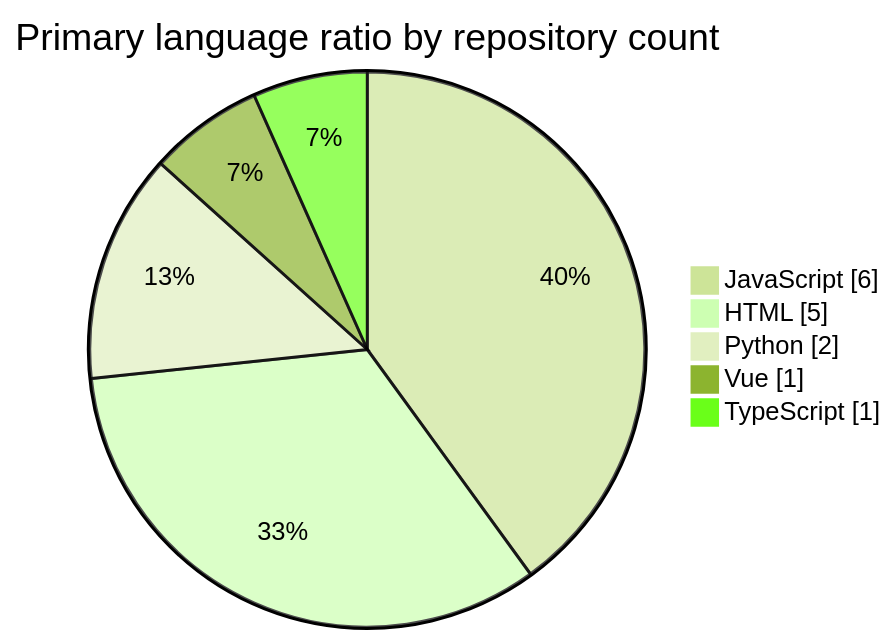
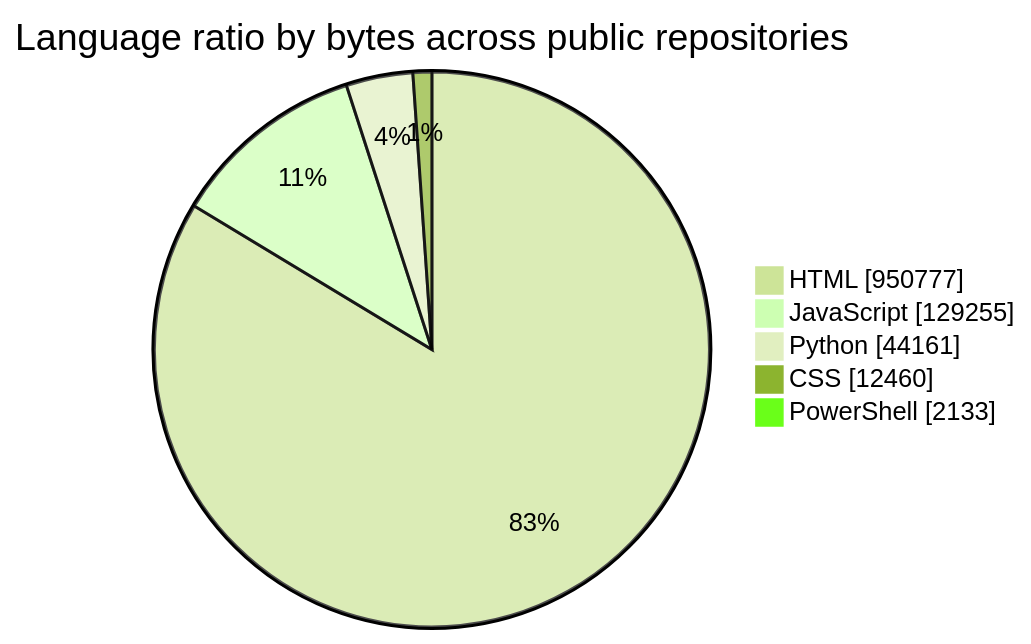
One commit to tchinso/tchinso changed the diagram in README.md. Above: the diagram before and after it, drawn with Mermaid (forest theme). The commit also changed other lines of this file, not shown here.

````diff
--- a/README.md
+++ b/README.md
@@ -31,9 +29,9 @@
 ```mermaid
 pie showData
-    title Primary language ratio by repository count
-    "JavaScript" : 6
-    "HTML" : 5
-    "Python" : 2
-    "Vue" : 1
-    "TypeScript" : 1
+    title Language ratio by bytes across public repositories
+    "HTML" : 950777
+    "JavaScript" : 129255
+    "Python" : 44161
+    "CSS" : 12460
+    "PowerShell" : 2133
 ```
````
